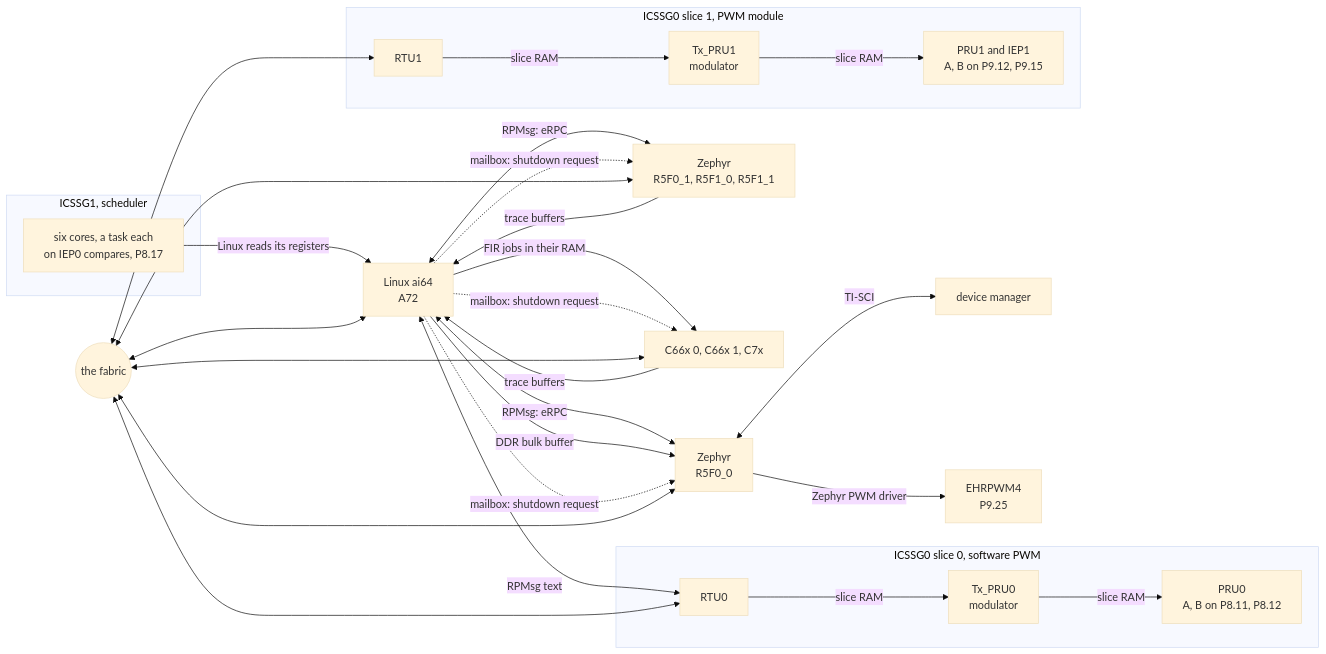
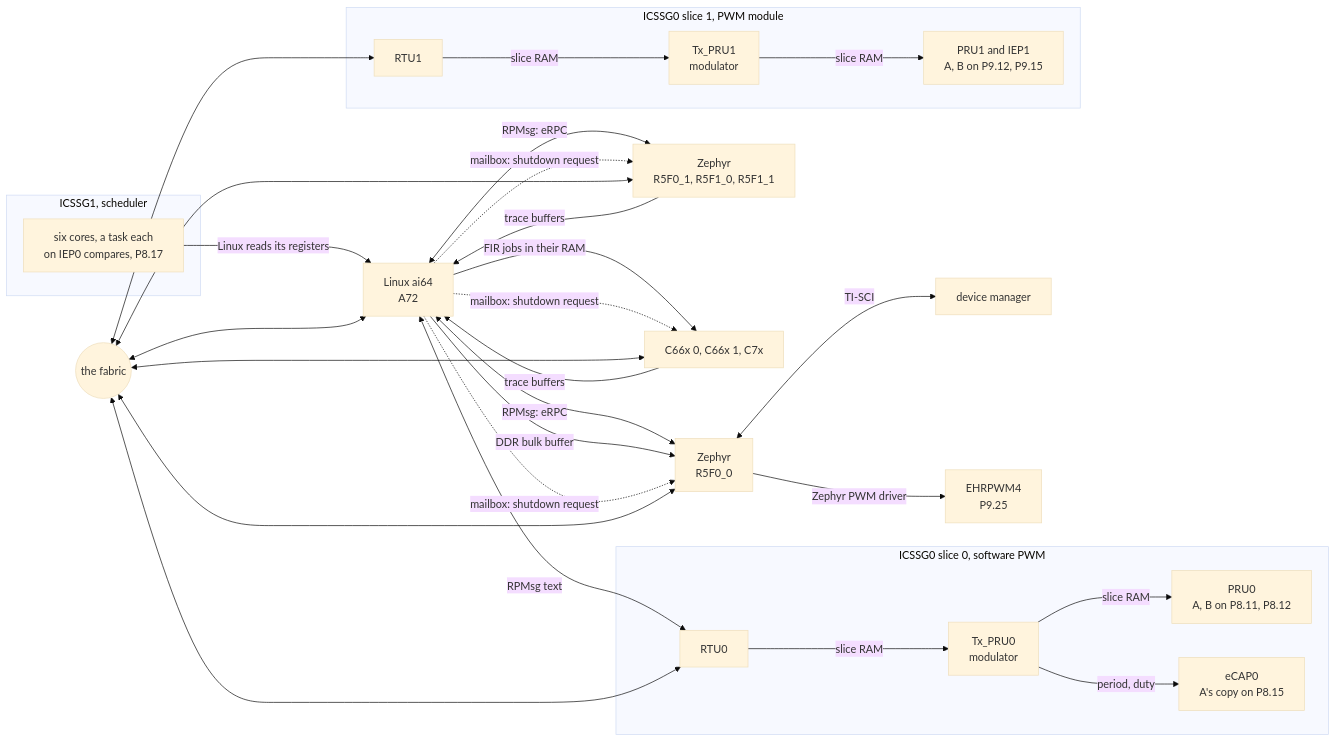
The first of 2 diagrams in README.md (kevinacahalan/BeagleBoneAI64-linux-zephyr-pru-c7x-c66x-demo), drawn with Mermaid (base theme) before and after one commit. The commit also changed other lines of this file and 10 other files, not shown here.

First line of the commit message:
PWM: ICSSG0's eCAP0 in APWM mode on P8.15, a copy of slice 0's A

````diff
--- a/README.md
+++ b/README.md
@@ -14,46 +14,48 @@
 ```mermaid
 flowchart LR
   ai64["Linux ai64<br/>A72"]
   r5["Zephyr<br/>R5F0_0"]
   r5b["Zephyr<br/>R5F0_1, R5F1_0, R5F1_1"]
   dm["device manager"]
   ep["EHRPWM4<br/>P9.25"]
   dsp["C66x 0, C66x 1, C7x"]
   fab(("the fabric"))
   subgraph s00["ICSSG0 slice 0, software PWM"]
     rtu0["RTU0"]
     tx0["Tx_PRU0<br/>modulator"]
     pru0["PRU0<br/>A, B on P8.11, P8.12"]
+    ecap["eCAP0<br/>A's copy on P8.15"]
   end
   subgraph s01["ICSSG0 slice 1, PWM module"]
     rtu1["RTU1"]
     tx1["Tx_PRU1<br/>modulator"]
     pru1["PRU1 and IEP1<br/>A, B on P9.12, P9.15"]
   end
   subgraph g1["ICSSG1, scheduler"]
     mcs["six cores, a task each<br/>on IEP0 compares, P8.17"]
   end
   ai64 <-->|"RPMsg: eRPC"| r5
   ai64 <-->|"RPMsg: eRPC"| r5b
   ai64 -->|"DDR bulk buffer"| r5
   r5b -->|"trace buffers"| ai64
   ai64 -->|"FIR jobs in their RAM"| dsp
   dsp -->|"trace buffers"| ai64
   ai64 -.->|"mailbox: shutdown request"| dsp
   ai64 -.->|"mailbox: shutdown request"| r5b
   ai64 -.->|"mailbox: shutdown request"| r5
   r5 <-->|"TI-SCI"| dm
   r5 -->|"Zephyr PWM driver"| ep
   ai64 <-->|"RPMsg text"| rtu0
   rtu0 -->|"slice RAM"| tx0
   tx0 -->|"slice RAM"| pru0
+  tx0 -->|"period, duty"| ecap
   rtu1 -->|"slice RAM"| tx1
   tx1 -->|"slice RAM"| pru1
   mcs -->|"Linux reads its registers"| ai64
   fab <--> ai64
   fab <--> r5
   fab <--> r5b
   fab <--> dsp
   fab <--> rtu0
   fab <--> rtu1
 ```
````
